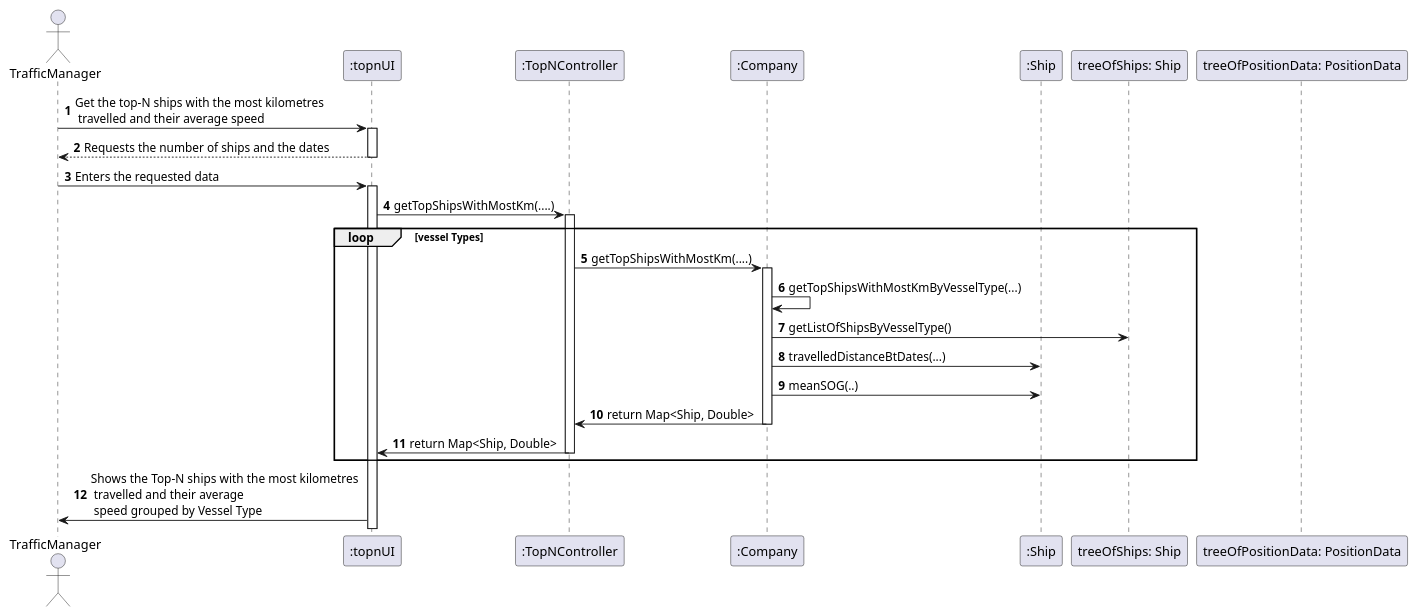
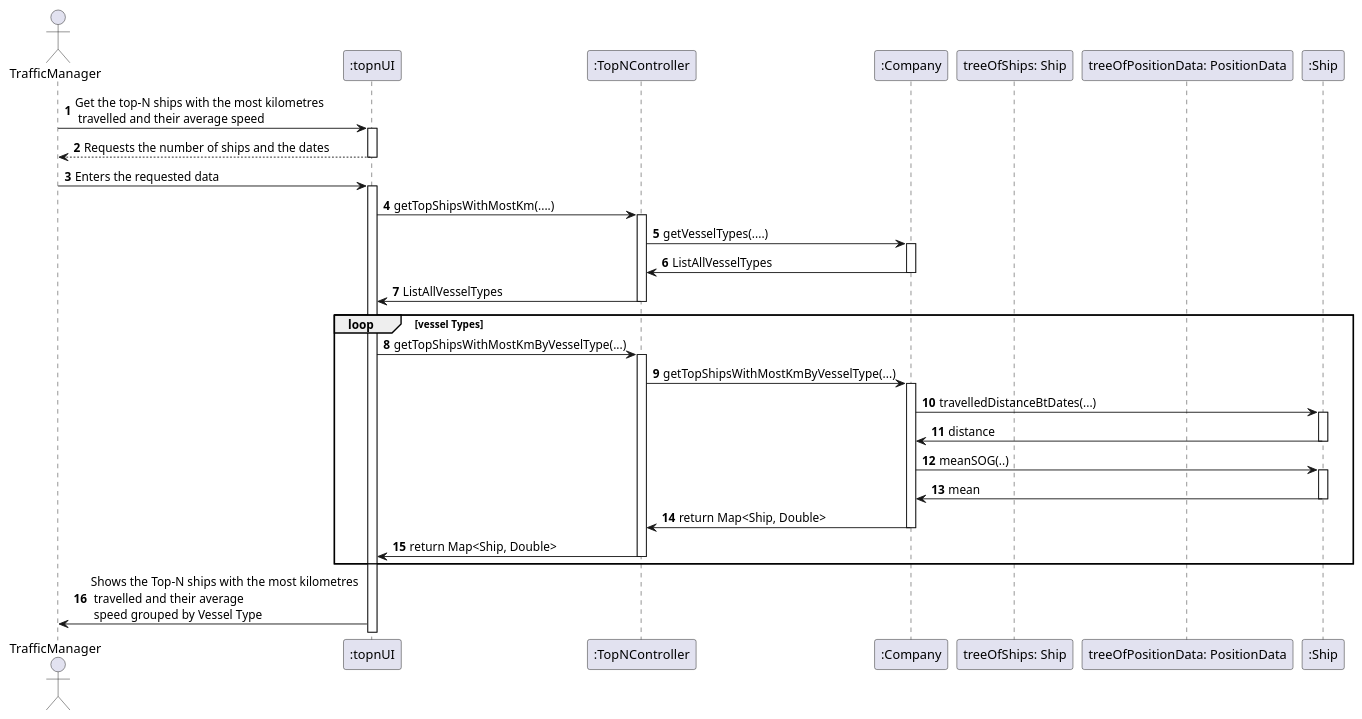
Before and after one commit to LourencoMelo/ISEP-LAPR3-ESINF: the diagram in Docs/Sprint1/US106/SD.puml, drawn with PlantUML. The commit also changed 4 other files, not shown here.

```diff
--- a/Docs/Sprint1/US106/SD.puml
+++ b/Docs/Sprint1/US106/SD.puml
@@ -1,38 +1,52 @@
 @startuml
 'https://plantuml.com/sequence-diagram
 
 autonumber
 
 actor       TrafficManager             as TM
 participant    ":topnUI"         as UI
 participant    ":TopNController" as CTRL
 participant    ":Company"              as Company
-participant    ":Ship" as Ship
 participant    "treeOfShips: Ship"            as TreeOfShips
 participant    "treeOfPositionData: PositionData"            as TreeOfPosition
+participant    ":Ship" as Ship
+
 
 
 TM -> UI : Get the top-N ships with the most kilometres \n travelled and their average speed
 activate UI
 UI --> TM: Requests the number of ships and the dates
 deactivate UI
 
 TM -> UI : Enters the requested data
 activate UI
 
     UI-> CTRL : getTopShipsWithMostKm(....)
     activate CTRL
+    CTRL -> Company : getVesselTypes(....)
+    activate Company
+    Company -> CTRL : ListAllVesselTypes
+    deactivate Company
+    CTRL -> UI : ListAllVesselTypes
+    deactivate CTRL
 loop vessel Types
-    CTRL -> Company : getTopShipsWithMostKm(....)
+    UI -> CTRL : getTopShipsWithMostKmByVesselType(...)
+    activate CTRL
+    CTRL -> Company : getTopShipsWithMostKmByVesselType(...)
     activate Company
-    Company -> Company : getTopShipsWithMostKmByVesselType(...)
-    Company -> TreeOfShips : getListOfShipsByVesselType()
     Company -> Ship : travelledDistanceBtDates(...)
+    activate Ship
+    Ship -> Company : distance
+    deactivate Ship
     Company -> Ship : meanSOG(..)
+    activate Ship
+    Ship -> Company : mean
+    deactivate Ship
     Company -> CTRL : return Map<Ship, Double>
+
     deactivate Company
     CTRL -> UI : return Map<Ship, Double>
     deactivate CTRL
 end
 UI -> TM : Shows the Top-N ships with the most kilometres \n travelled and their average \n speed grouped by Vessel Type
 @enduml
```
